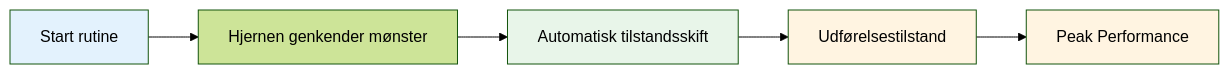
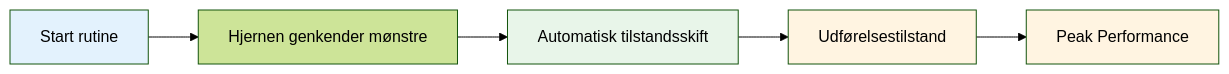
Before and after one commit to patwii/petanque-academy: the diagram in docs/da/education/mental-strength/pre-shot-routine.md, drawn with Mermaid (forest theme). The commit also changed other lines of this file and 532 other files, not shown here.

````diff
--- a/docs/da/education/mental-strength/pre-shot-routine.md
+++ b/docs/da/education/mental-strength/pre-shot-routine.md
@@ -11,12 +11,12 @@
 ```mermaid
 graph LR
-    A[Start rutine] --> B[Hjernen genkender mønster]
+    A[Start rutine] --> B[Hjernen genkender mønstre]
     B --> C[Automatisk tilstandsskift]
     C --> D[Udførelsestilstand]
     D --> E[Peak Performance]
 
     style A fill:#e3f2fd
     style C fill:#e8f5e9
     style D fill:#fff4e1
     style E fill:#fff4e1
 ```
````
